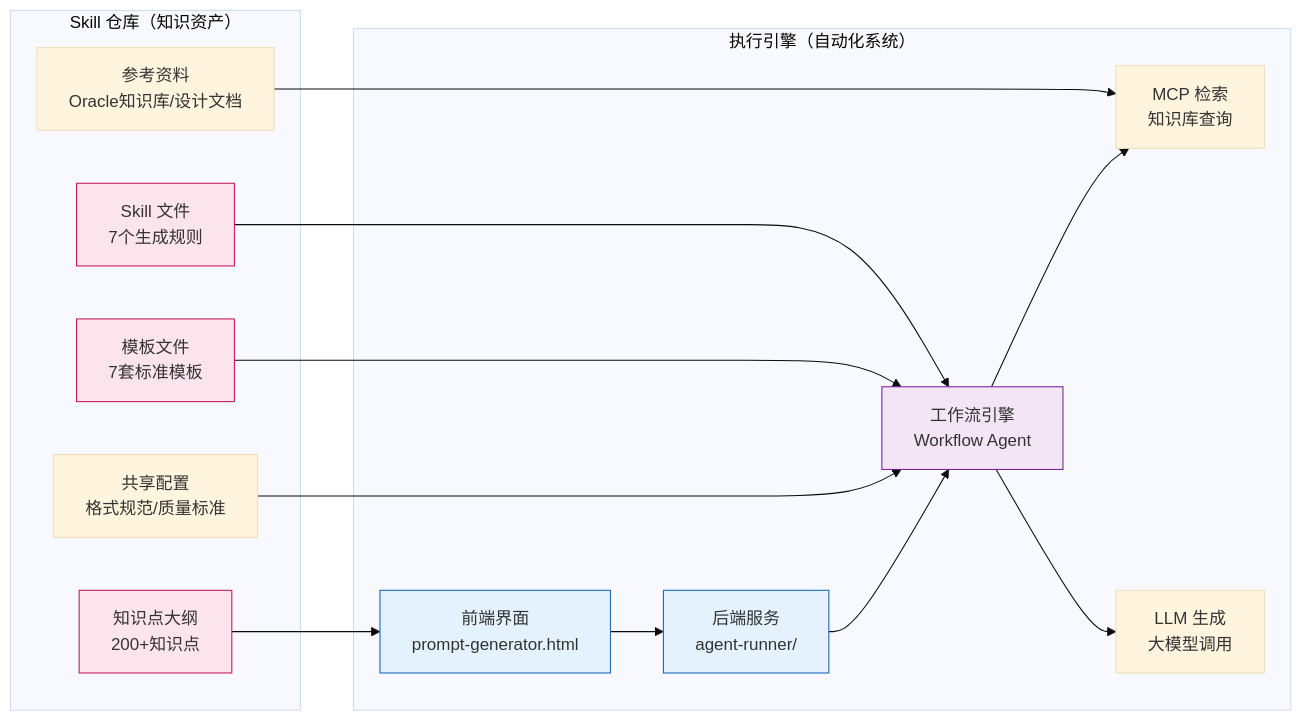
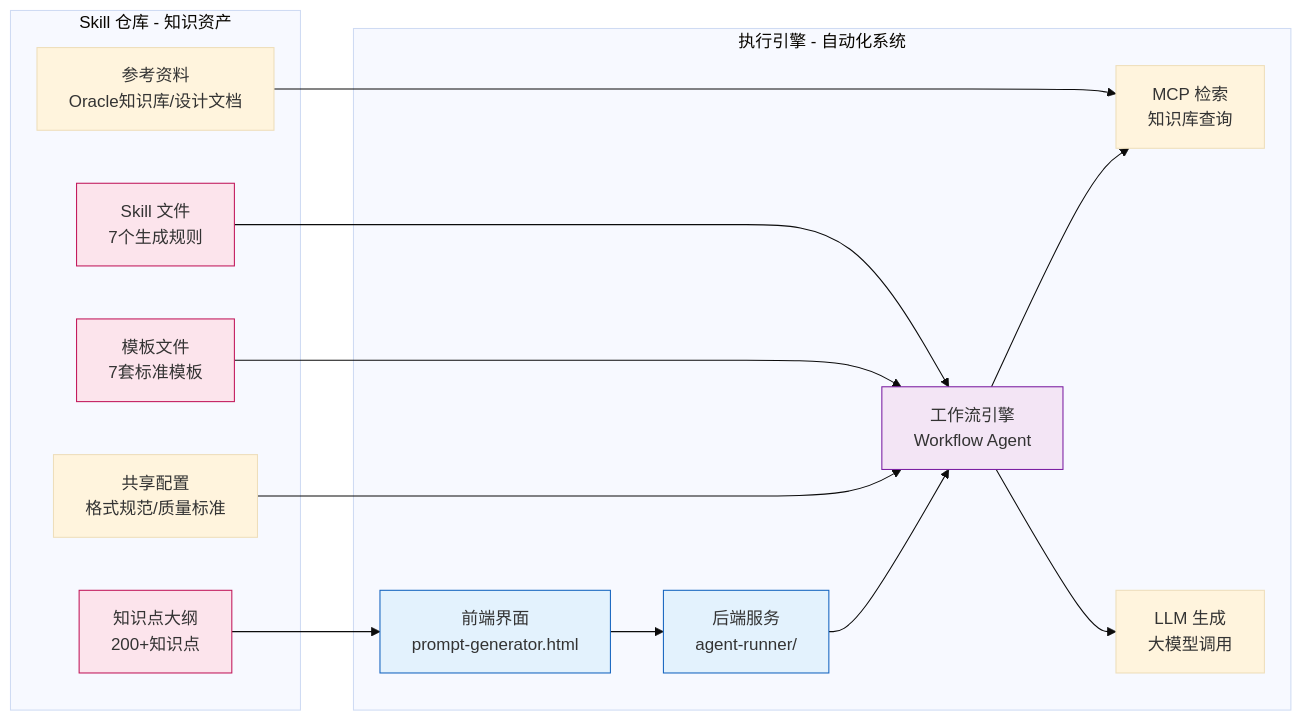
The fifth of 13 diagrams in README.md (heyyang0210/kb-builder), drawn with Mermaid (base theme) before and after one commit. The commit also changed other lines of this file and 1 other file, not shown here.

````diff
--- a/README.md
+++ b/README.md
@@ -220,36 +220,36 @@
 ```mermaid
 graph LR
-    subgraph "Skill 仓库（知识资产）"
-        S1[Skill 文件<br>7个生成规则]
+    subgraph "Skill 仓库 - 知识资产"
+        S1["Skill 文件<br>7个生成规则"]
         S2[模板文件<br>7套标准模板]
-        S3[知识点大纲<br>200+知识点]
+        S3["知识点大纲<br>200+知识点"]
         S4[共享配置<br>格式规范/质量标准]
         S5[参考资料<br>Oracle知识库/设计文档]
     end
     
-    subgraph "执行引擎（自动化系统）"
+    subgraph "执行引擎 - 自动化系统"
         E1[前端界面<br>prompt-generator.html]
         E2[后端服务<br>agent-runner/]
         E3[工作流引擎<br>Workflow Agent]
         E4[MCP 检索<br>知识库查询]
         E5[LLM 生成<br>大模型调用]
     end
     
     S1 --> E3
     S2 --> E3
     S3 --> E1
     S4 --> E3
     S5 --> E4
     
     E1 --> E2
     E2 --> E3
     E3 --> E4
     E3 --> E5
     
     style S1 fill:#fce4ec,stroke:#c2185b
     style S2 fill:#fce4ec,stroke:#c2185b
     style S3 fill:#fce4ec,stroke:#c2185b
     style E1 fill:#e3f2fd,stroke:#1565c0
     style E2 fill:#e3f2fd,stroke:#1565c0
     style E3 fill:#f3e5f5,stroke:#7b1fa2
 ```
````
